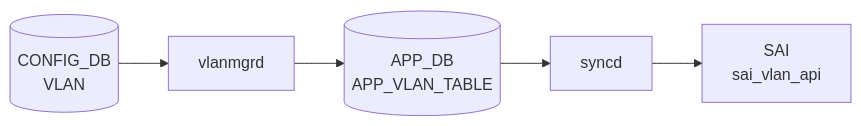
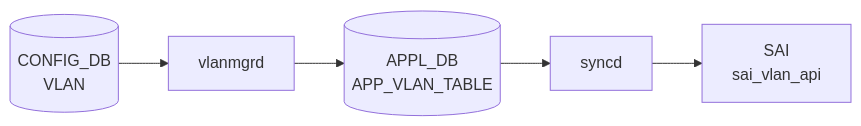
The first of 2 diagrams in docs/reference/config-db/appl-vlan.md (aoki-taquan/sonic-unofficial-docs), drawn with Mermaid before and after one commit. The commit also changed 91 other files, not shown here.

First line of the commit message:
fix(review-067): APP_DB→APPL_DB in mermaid labels; exclude APPL_DB pages from auto-gen

````diff
--- a/docs/reference/config-db/appl-vlan.md
+++ b/docs/reference/config-db/appl-vlan.md
@@ -43,12 +43,12 @@
 ```mermaid
 flowchart LR
   CDB[("CONFIG_DB<br/>VLAN")]
   DM["vlanmgrd"]
   CDB --> DM
-  APPDB[("APP_DB<br/>APP_VLAN_TABLE")]
+  APPDB[("APPL_DB<br/>APP_VLAN_TABLE")]
   DM --> APPDB
   SYNCD["syncd"]
   APPDB --> SYNCD
   SAI["SAI<br/>sai_vlan_api"]
   SYNCD --> SAI
 ```
````
